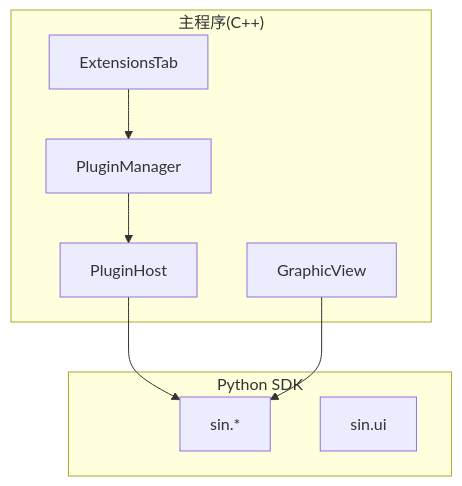
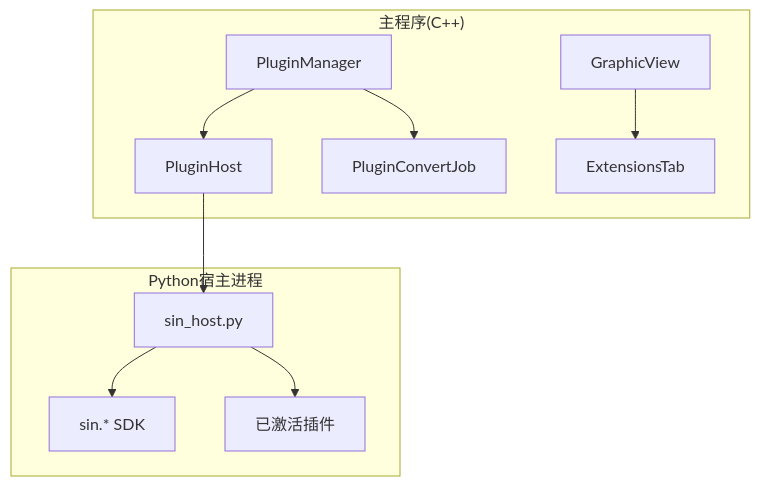
One commit to jakecai1225-design/OpenBus changed the first of 3 diagrams in .qoder/repowiki/zh/content/架构设计/插件系统架构/插件系统架构.md. Above: the diagram before and after it, drawn with Mermaid. The commit also changed other lines of this file and 57 other files, not shown here.

````diff
--- a/.qoder/repowiki/zh/content/架构设计/插件系统架构/插件系统架构.md
+++ b/.qoder/repowiki/zh/content/架构设计/插件系统架构/插件系统架构.md
@@ -48,17 +55,21 @@
 ```mermaid
 graph TB
 subgraph "主程序(C++)"
 PM["PluginManager"]
 PH["PluginHost"]
+PCJ["PluginConvertJob"]
 GV["GraphicView"]
 ET["ExtensionsTab"]
 end
-subgraph "Python SDK"
-SDK["sin.*"]
-UI["sin.ui"]
+subgraph "Python宿主进程"
+SH["sin_host.py"]
+SDK["sin.* SDK"]
+PLUGINS["已激活插件"]
 end
 PM --> PH
-PH --> SDK
-GV --> SDK
-ET --> PM
+PH --> SH
+SH --> SDK
+SH --> PLUGINS
+PM --> PCJ
+GV --> ET
 ```
````
